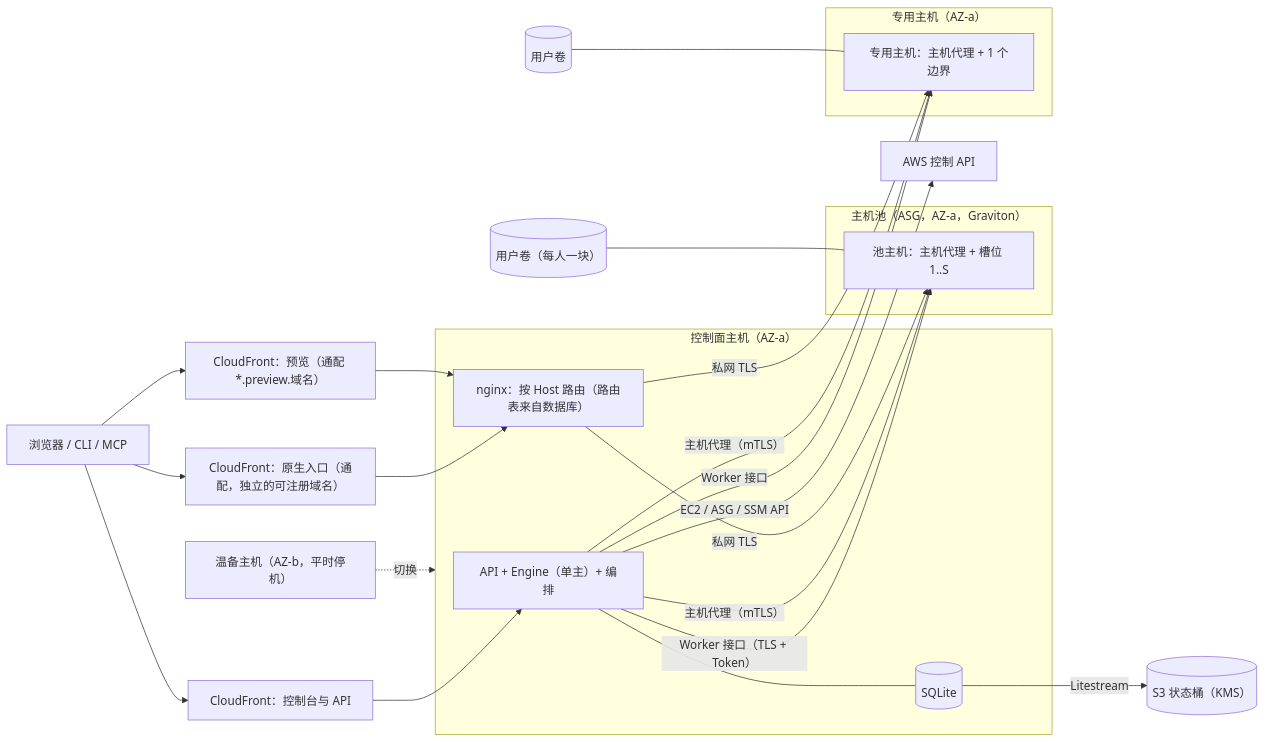
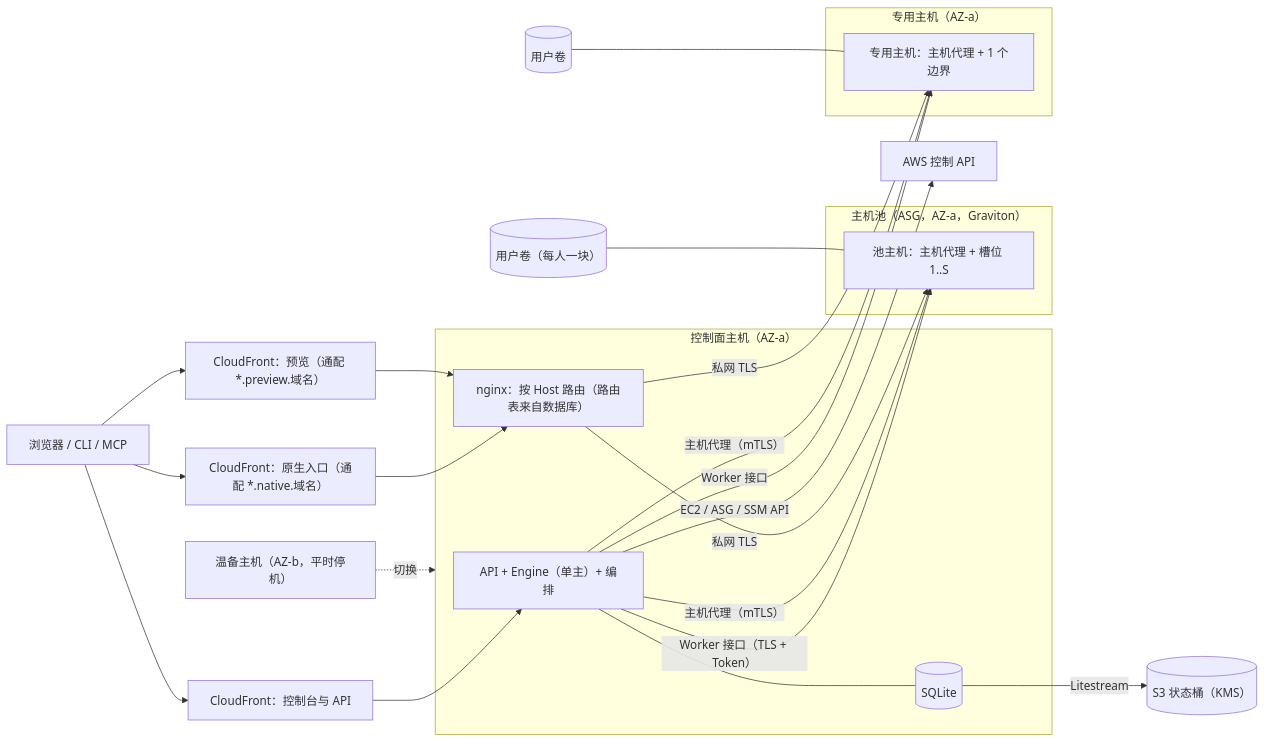
Before and after one commit to LiboMa/kirocrew-on: the diagram in docs/superpowers/specs/2026-10-25-mvp-0.2.0-deployment-and-worker-pool-design.md, drawn with Mermaid. The commit also changed other lines of this file and 8 other files, not shown here.

````diff
--- a/docs/superpowers/specs/2026-10-25-mvp-0.2.0-deployment-and-worker-pool-design.md
+++ b/docs/superpowers/specs/2026-10-25-mvp-0.2.0-deployment-and-worker-pool-design.md
@@ -264,32 +264,32 @@
 ```mermaid
 flowchart LR
   U["浏览器 / CLI / MCP"] --> CF1["CloudFront：控制台与 API"]
-  U --> CF2["CloudFront：原生入口（通配，独立的可注册域名）"]
+  U --> CF2["CloudFront：原生入口（通配 *.native.域名）"]
   U --> CF3["CloudFront：预览（通配 *.preview.域名）"]
   subgraph CP["控制面主机（AZ-a）"]
     API["API + Engine（单主）+ 编排"]
     DB[("SQLite")]
     NG["nginx：按 Host 路由（路由表来自数据库）"]
   end
   CF1 --> API
   CF2 --> NG
   CF3 --> NG
   API --- DB
   DB -->|Litestream| S3[("S3 状态桶（KMS）")]
   subgraph POOL["主机池（ASG，AZ-a，Graviton）"]
     H1["池主机：主机代理 + 槽位 1..S"]
   end
   subgraph DED["专用主机（AZ-a）"]
     H2["专用主机：主机代理 + 1 个边界"]
   end
   V1[("用户卷（每人一块）")] --- H1
   V2[("用户卷")] --- H2
   API -->|"Worker 接口（TLS + Token）"| H1
   API -->|"Worker 接口"| H2
   API -->|"主机代理（mTLS）"| H1
   API -->|"主机代理（mTLS）"| H2
   API -->|"EC2 / ASG / SSM API"| AWS["AWS 控制 API"]
   NG -->|"私网 TLS"| H1
   NG -->|"私网 TLS"| H2
   SB["温备主机（AZ-b，平时停机）"] -.->|切换| CP
 ```
````
